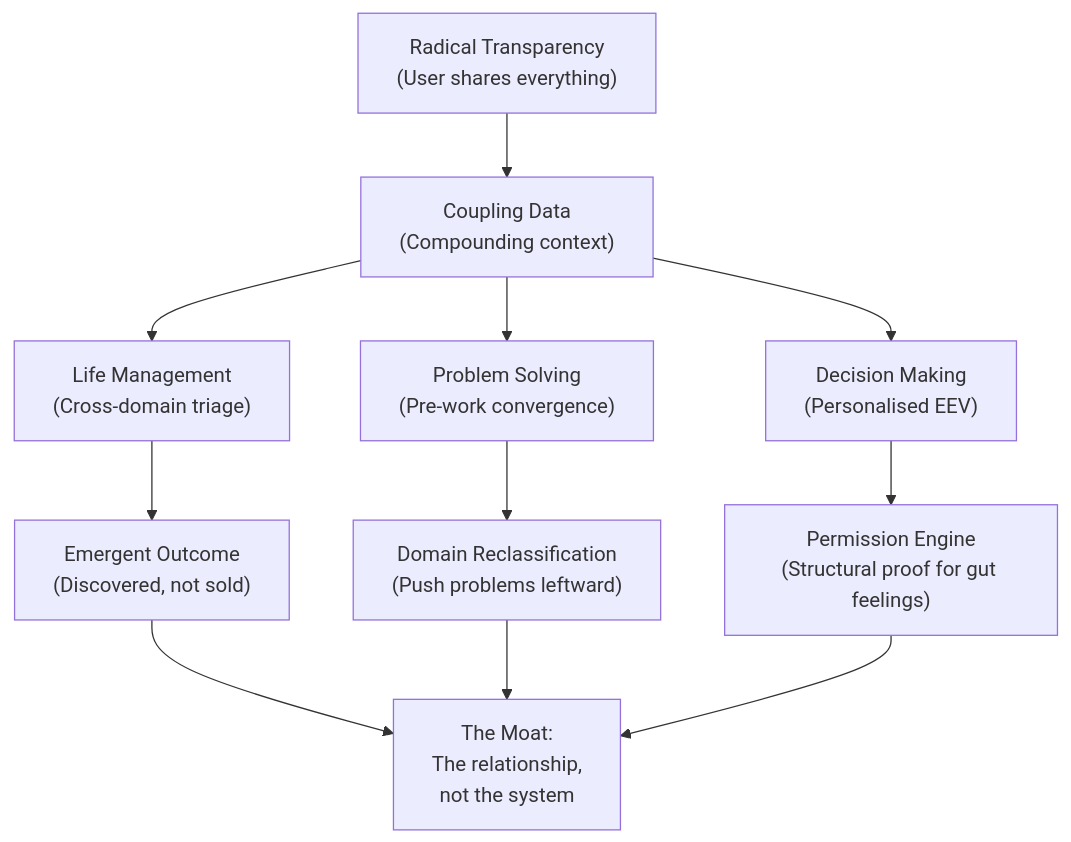
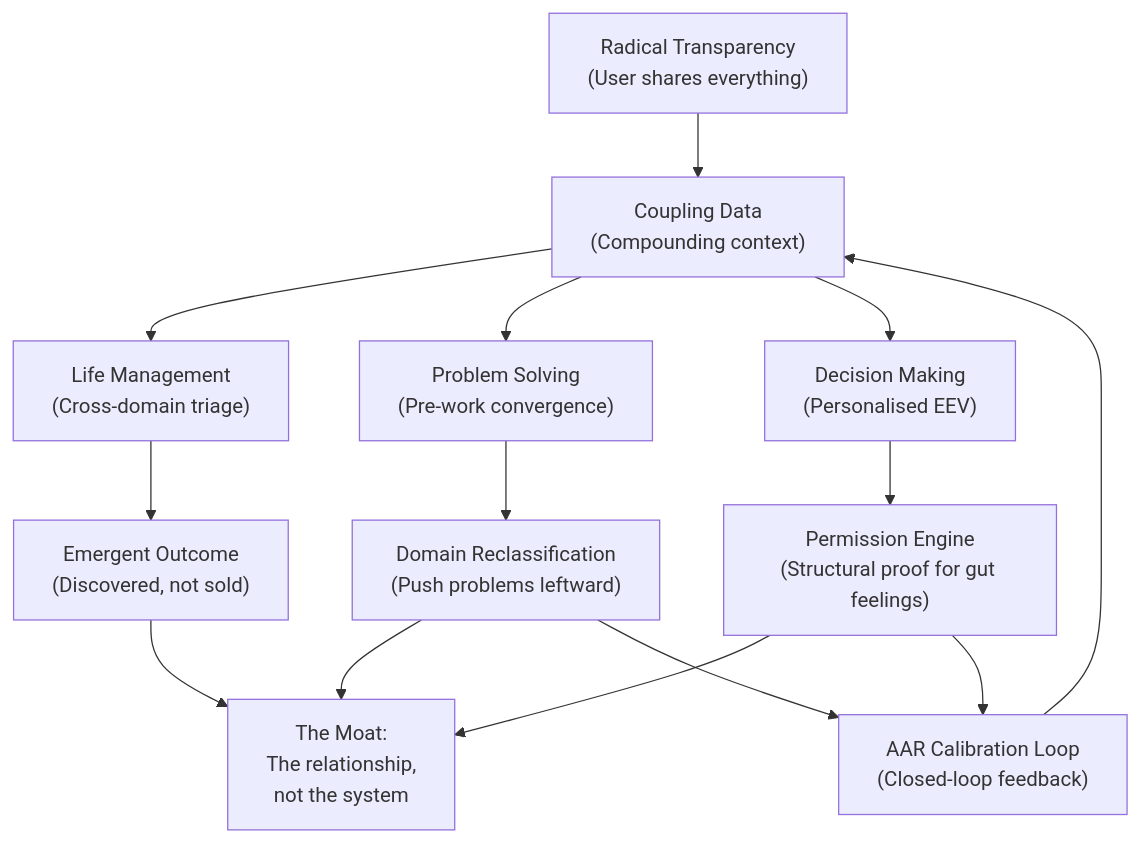
The diagram in docs/USE_CASES.md (agent-memory-atlas-archive/winstonkoh87--Athena-Public), drawn with Mermaid before and after one commit. The commit also changed other lines of this file and 1 other file, not shown here.

````diff
--- a/docs/USE_CASES.md
+++ b/docs/USE_CASES.md
@@ -221,15 +286,19 @@
 ```mermaid
 graph TD
     A["Radical Transparency<br/>(User shares everything)"] --> B["Coupling Data<br/>(Compounding context)"]
     B --> C["Life Management<br/>(Cross-domain triage)"]
     B --> D["Problem Solving<br/>(Pre-work convergence)"]
     B --> E["Decision Making<br/>(Personalised EEV)"]
     
     C --> F["Emergent Outcome<br/>(Discovered, not sold)"]
     D --> G["Domain Reclassification<br/>(Push problems leftward)"]
     E --> H["Permission Engine<br/>(Structural proof for gut feelings)"]
     
     F --> I["The Moat:<br/>The relationship,<br/>not the system"]
     G --> I
     H --> I
+    
+    J["AAR Calibration Loop<br/>(Closed-loop feedback)"] --> B
+    H --> J
+    G --> J
 ```
````
